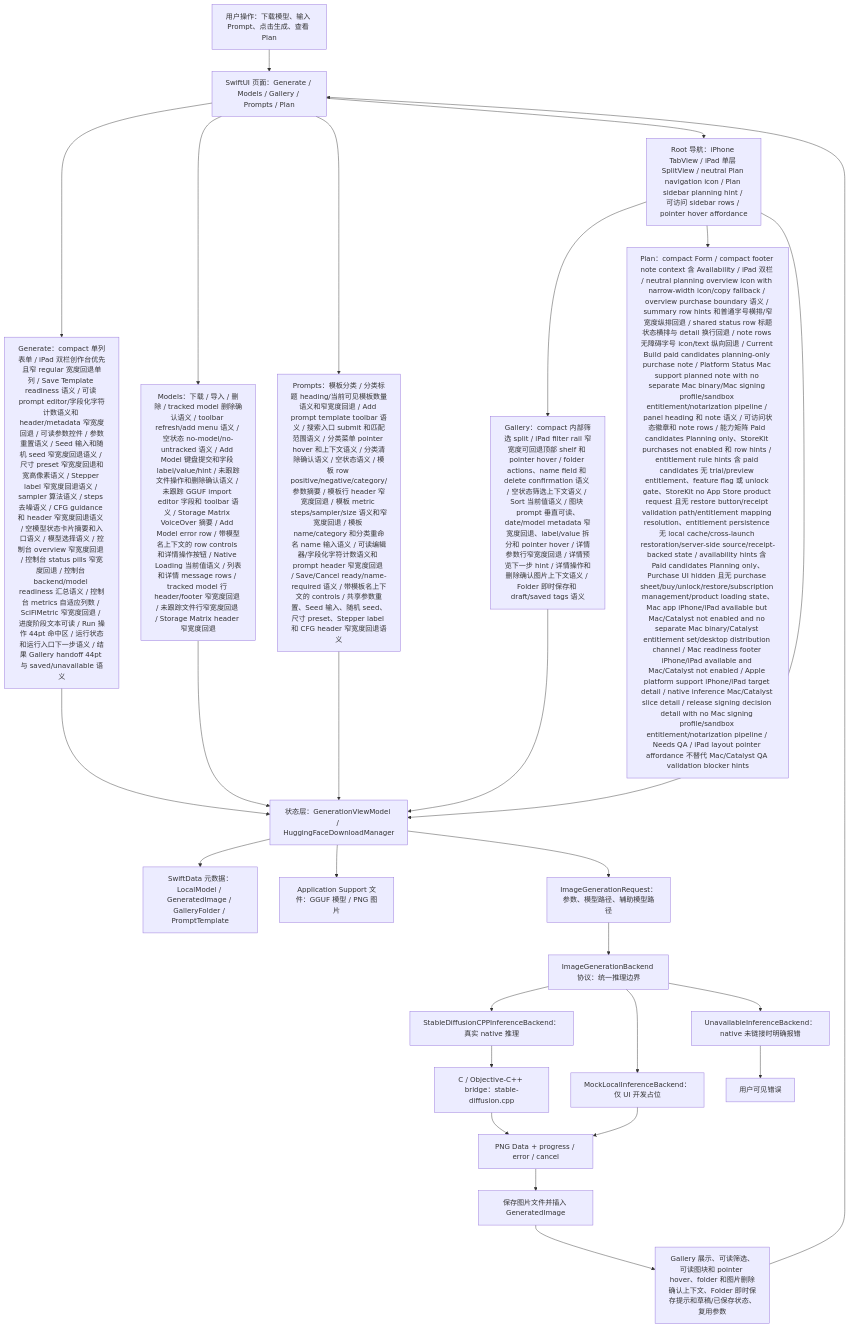
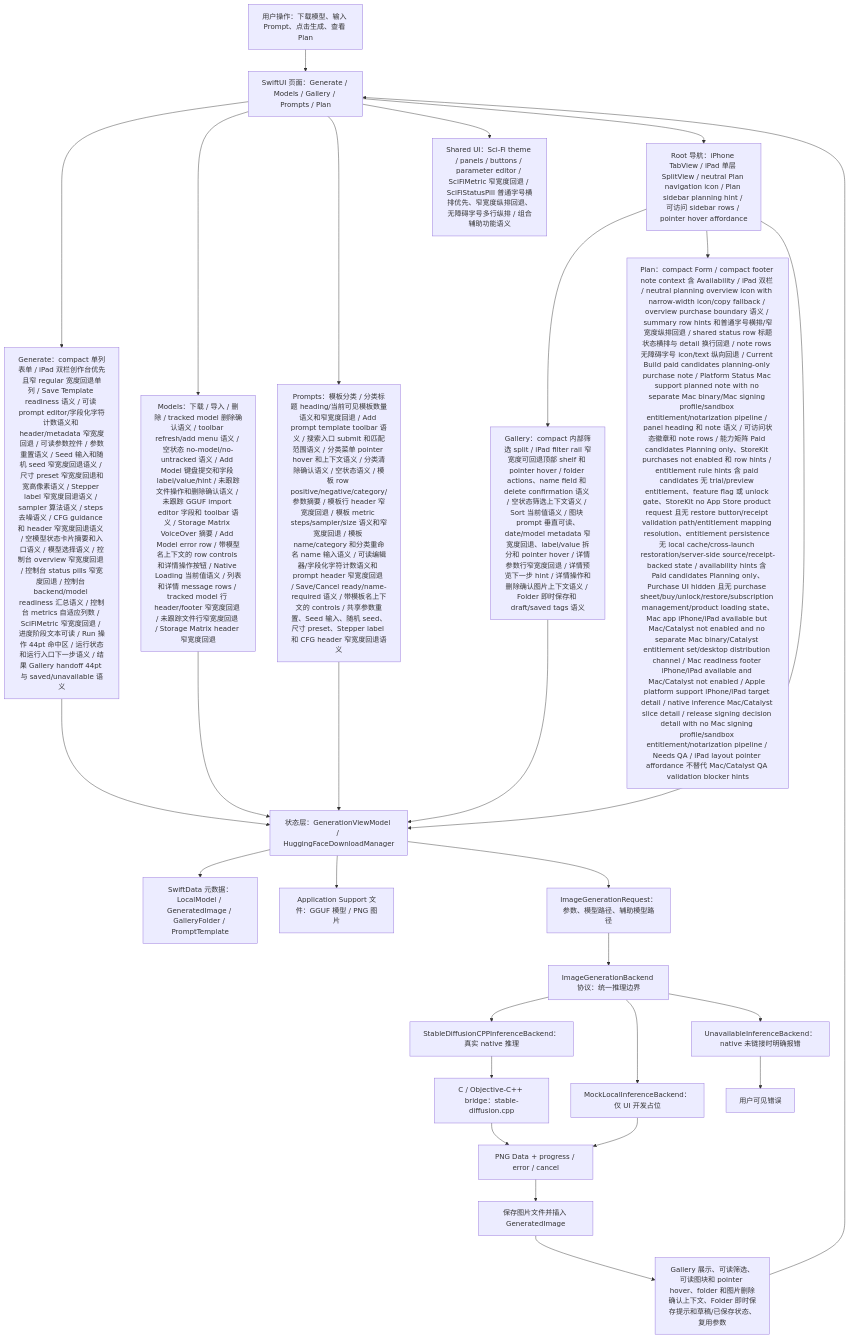
One commit to Altman-sam114/118 changed the first of 7 diagrams in md/flow/flowchart.md. Above: the diagram before and after it, drawn with Mermaid. The commit also changed 5 other files, not shown here.

First line of the commit message:
v1.150: SciFi status pill fallback

````diff
--- a/md/flow/flowchart.md
+++ b/md/flow/flowchart.md
@@ -9,29 +9,30 @@
 ```mermaid
 flowchart TD
   U["用户操作：下载模型、输入 Prompt、点击生成、查看 Plan"] --> UI["SwiftUI 页面：Generate / Models / Gallery / Prompts / Plan"]
   UI --> GENUI["Generate：compact 单列表单 / iPad 双栏创作台优先且窄 regular 宽度回退单列 / Save Template readiness 语义 / 可读 prompt editor/字段化字符计数语义和 header/metadata 窄宽度回退 / 可读参数控件 / 参数重置语义 / Seed 输入和随机 seed 窄宽度回退语义 / 尺寸 preset 窄宽度回退和宽高像素语义 / Stepper label 窄宽度回退语义 / sampler 算法语义 / steps 去噪语义 / CFG guidance 和 header 窄宽度回退语义 / 空模型状态卡片摘要和入口语义 / 模型选择语义 / 控制台 overview 窄宽度回退 / 控制台 status pills 窄宽度回退 / 控制台 backend/model readiness 汇总语义 / 控制台 metrics 自适应列数 / SciFiMetric 窄宽度回退 / 进度阶段文本可读 / Run 操作 44pt 命中区 / 运行状态和运行入口下一步语义 / 结果 Gallery handoff 44pt 与 saved/unavailable 语义"]
   UI --> MODELUI["Models：下载 / 导入 / 删除 / tracked model 删除确认语义 / toolbar refresh/add menu 语义 / 空状态 no-model/no-untracked 语义 / Add Model 键盘提交和字段 label/value/hint / 未跟踪文件操作和删除确认语义 / 未跟踪 GGUF import editor 字段和 toolbar 语义 / Storage Matrix VoiceOver 摘要 / Add Model error row / 带模型名上下文的 row controls 和详情操作按钮 / Native Loading 当前值语义 / 列表和详情 message rows / tracked model 行 header/footer 窄宽度回退 / 未跟踪文件行窄宽度回退 / Storage Matrix header 窄宽度回退"]
   UI --> PROMPTUI["Prompts：模板分类 / 分类标题 heading/当前可见模板数量语义和窄宽度回退 / Add prompt template toolbar 语义 / 搜索入口 submit 和匹配范围语义 / 分类菜单 pointer hover 和上下文语义 / 分类清除确认语义 / 空状态语义 / 模板 row positive/negative/category/参数摘要 / 模板行 header 窄宽度回退 / 模板 metric steps/sampler/size 语义和窄宽度回退 / 模板 name/category 和分类重命名 name 输入语义 / 可读编辑器/字段化字符计数语义和 prompt header 窄宽度回退 / Save/Cancel ready/name-required 语义 / 带模板名上下文的 controls / 共享参数重置、Seed 输入、随机 seed、尺寸 preset、Stepper label 和 CFG header 窄宽度回退语义"]
+  UI --> SHAREDUI["Shared UI：Sci-Fi theme / panels / buttons / parameter editor / SciFiMetric 窄宽度回退 / SciFiStatusPill 普通字号横排优先、窄宽度纵排回退、无障碍字号多行纵排 / 组合辅助功能语义"]
   UI --> NAV["Root 导航：iPhone TabView / iPad 单层 SplitView / neutral Plan navigation icon / Plan sidebar planning hint / 可访问 sidebar rows / pointer hover affordance"]
   NAV --> GALUI["Gallery：compact 内部筛选 split / iPad filter rail 窄宽度可回退顶部 shelf 和 pointer hover / folder actions、name field 和 delete confirmation 语义 / 空状态筛选上下文语义 / Sort 当前值语义 / 图块 prompt 垂直可读、date/model metadata 窄宽度回退、label/value 拆分和 pointer hover / 详情参数行窄宽度回退 / 详情预览下一步 hint / 详情操作和删除确认图片上下文语义 / Folder 即时保存和 draft/saved tags 语义"]
   NAV --> PLANUI["Plan：compact Form / compact footer note context 含 Availability / iPad 双栏 / neutral planning overview icon with narrow-width icon/copy fallback / overview purchase boundary 语义 / summary row hints 和普通字号横排/窄宽度纵排回退 / shared status row 标题状态横排与 detail 换行回退 / note rows 无障碍字号 icon/text 纵向回退 / Current Build paid candidates planning-only purchase note / Platform Status Mac support planned note with no separate Mac binary/Mac signing profile/sandbox entitlement/notarization pipeline / panel heading 和 note 语义 / 可访问状态徽章和 note rows / 能力矩阵 Paid candidates Planning only、StoreKit purchases not enabled 和 row hints / entitlement rule hints 含 paid candidates 无 trial/preview entitlement、feature flag 或 unlock gate、StoreKit no App Store product request 且无 restore button/receipt validation path/entitlement mapping resolution、entitlement persistence 无 local cache/cross-launch restoration/server-side source/receipt-backed state / availability hints 含 Paid candidates Planning only、Purchase UI hidden 且无 purchase sheet/buy/unlock/restore/subscription management/product loading state、Mac app iPhone/iPad available but Mac/Catalyst not enabled and no separate Mac binary/Catalyst entitlement set/desktop distribution channel / Mac readiness footer iPhone/iPad available and Mac/Catalyst not enabled / Apple platform support iPhone/iPad target detail / native inference Mac/Catalyst slice detail / release signing decision detail with no Mac signing profile/sandbox entitlement/notarization pipeline / Needs QA / iPad layout pointer affordance 不替代 Mac/Catalyst QA validation blocker hints"]
   NAV --> VM["状态层：GenerationViewModel / HuggingFaceDownloadManager"]
   GENUI --> VM
   MODELUI --> VM
   PROMPTUI --> VM
   GALUI --> VM
   VM --> SD["SwiftData 元数据：LocalModel / GeneratedImage / GalleryFolder / PromptTemplate"]
   VM --> FS["Application Support 文件：GGUF 模型 / PNG 图片"]
   VM --> REQ["ImageGenerationRequest：参数、模型路径、辅助模型路径"]
   REQ --> IFACE["ImageGenerationBackend 协议：统一推理边界"]
   IFACE --> NATIVE["StableDiffusionCPPInferenceBackend：真实 native 推理"]
   IFACE --> MOCK["MockLocalInferenceBackend：仅 UI 开发占位"]
   IFACE --> OFF["UnavailableInferenceBackend：native 未链接时明确报错"]
   NATIVE --> BRIDGE["C / Objective-C++ bridge：stable-diffusion.cpp"]
   BRIDGE --> PNG["PNG Data + progress / error / cancel"]
   MOCK --> PNG
   OFF --> ERR["用户可见错误"]
   PNG --> SAVE["保存图片文件并插入 GeneratedImage"]
   SAVE --> GALLERY["Gallery 展示、可读筛选、可读图块和 pointer hover、folder 和图片删除确认上下文、Folder 即时保存提示和草稿/已保存状态、复用参数"]
   GALLERY --> UI
 ```
````
